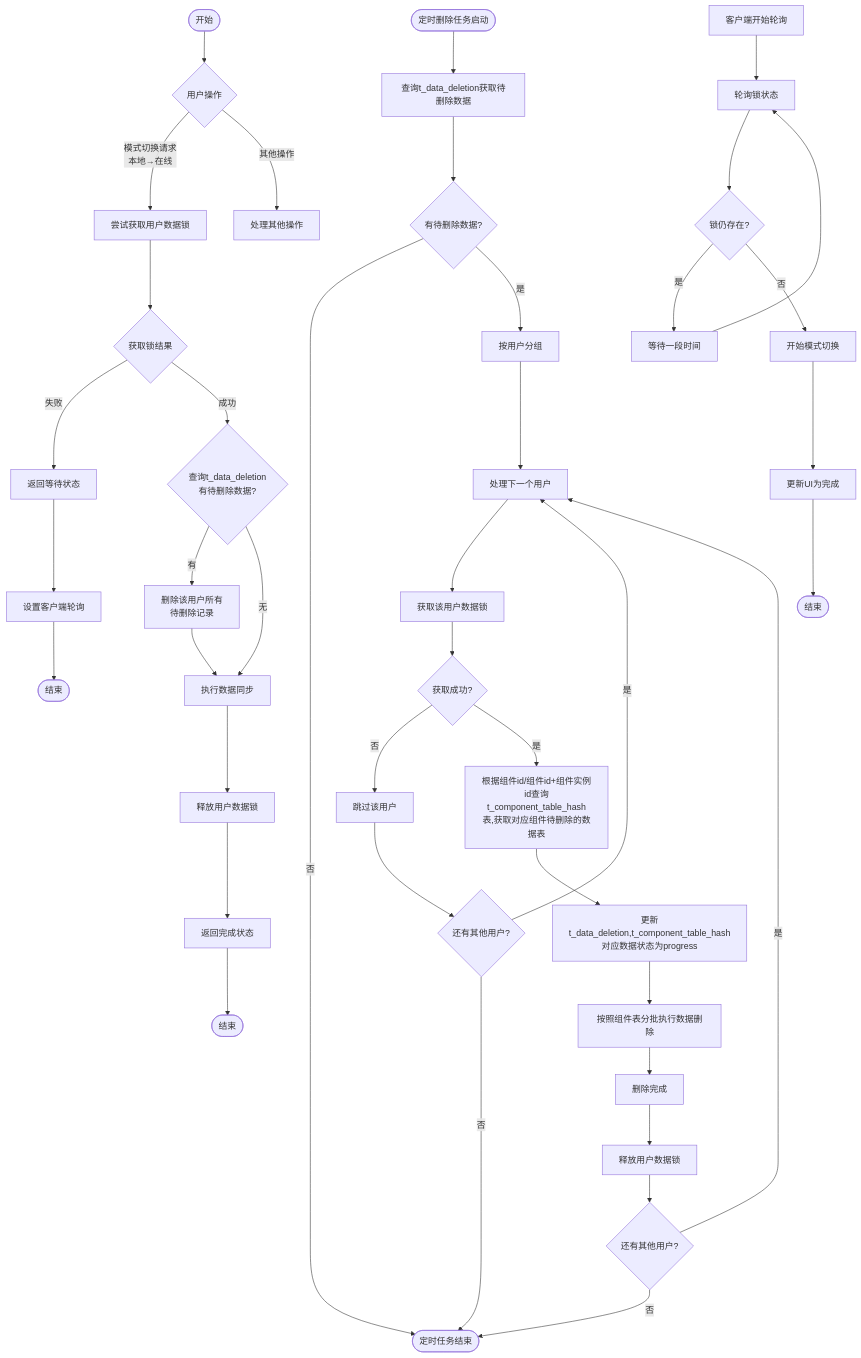
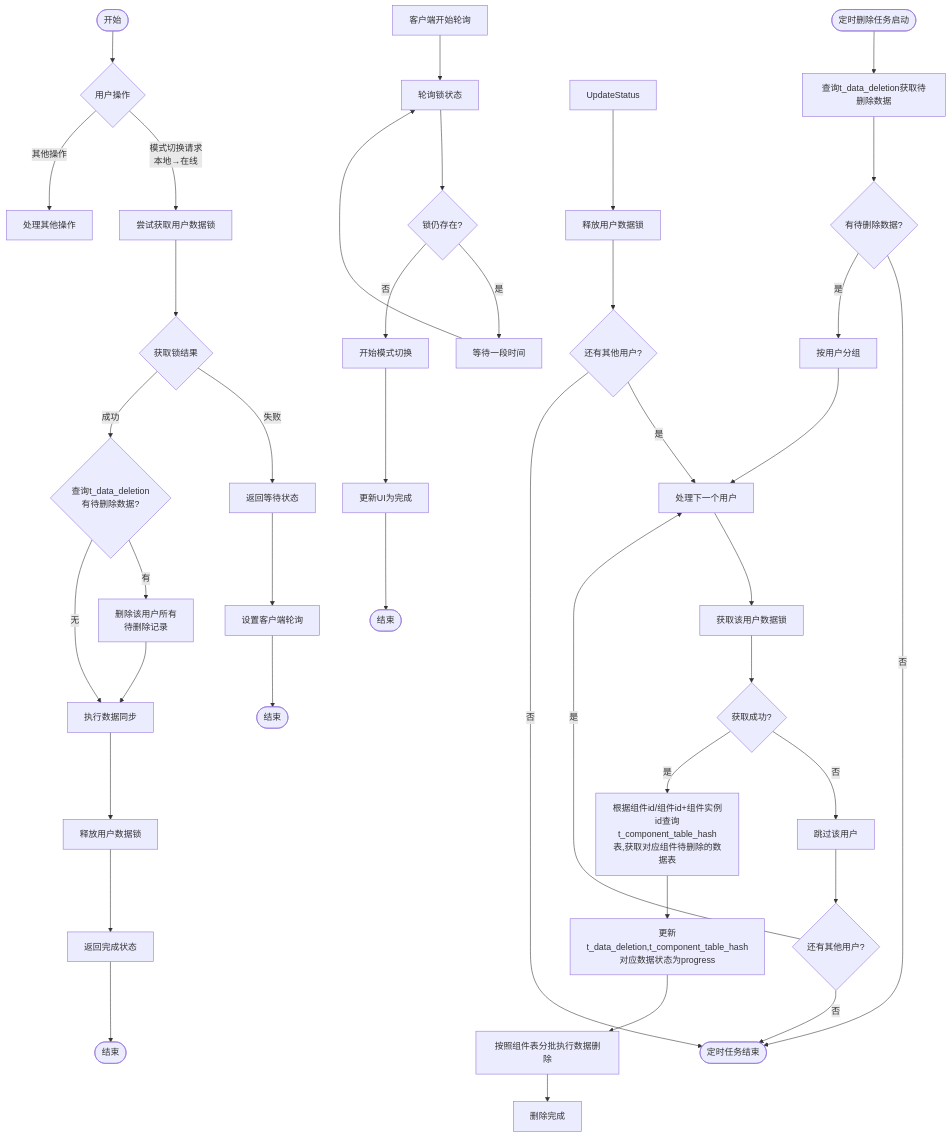
The diagram in all/未命名-57.md (yingjianzh/iodraw-files), drawn with Mermaid before and after one commit.

Commit message:
2025-05-12 11:24:38 update

````diff
--- a/all/未命名-57.md
+++ b/all/未命名-57.md
@@ -1,62 +1,62 @@
 ```mermaid
 flowchart TD
     %% 主要分支
     Start([开始]) --> UserAction{用户操作}
     UserAction -->|模式切换请求\n本地→在线| TryLock[尝试获取用户数据锁]
     UserAction -->|其他操作| OtherOps[处理其他操作]
     
     %% 定时删除任务分支
     ScheduledTask([定时删除任务启动]) --> QueryDeletions[查询t_data_deletion获取待删除数据]
     QueryDeletions --> HasTasks{有待删除数据?}
     HasTasks -->|否| TaskEnd([定时任务结束])
     HasTasks -->|是| GroupByUser[按用户分组]
     
     %% 处理用户数据删除
     GroupByUser --> ProcessNextUser[处理下一个用户]
     ProcessNextUser --> AcquireLock[获取该用户数据锁]
     AcquireLock --> LockSuccess{获取成功?}
     
     LockSuccess -->|否| SkipUser[跳过该用户]
     SkipUser --> MoreUsers1{还有其他用户?}
     MoreUsers1 -->|是| ProcessNextUser
     MoreUsers1 -->|否| TaskEnd
     
     LockSuccess -->|是| GetData[根据组件id/组件id+组件实例id查询t_component_table_hash表,获取对应组件待删除的数据表]
     
     GetData --> UpdateData[更新t_data_deletion,t_component_table_hash对应数据状态为progress]
     UpdateData --> DeleteData[按照组件表分批执行数据删除]
-    DeleteData --> UpdateStatus[删除完成]
+    DeleteData --> DeleteComple[删除完成]
     UpdateStatus --> ReleaseLock[释放用户数据锁]
     ReleaseLock --> MoreUsers2{还有其他用户?}
     MoreUsers2 -->|是| ProcessNextUser
     MoreUsers2 -->|否| TaskEnd
     
     %% 模式切换流程
     TryLock --> LockResult{获取锁结果}
     
     LockResult -->|失败| ReturnWaiting[返回等待状态]
     ReturnWaiting --> SetupPolling[设置客户端轮询]
     SetupPolling --> End1([结束])
     
     LockResult -->|成功| CheckPendingDeletion{查询t_data_deletion\n有待删除数据?}
     
     CheckPendingDeletion -->|有| RemoveDeletionRecords[删除该用户所有\n待删除记录]
     RemoveDeletionRecords --> PerformSync[执行数据同步]
     
     CheckPendingDeletion -->|无| PerformSync
     
     PerformSync --> ReleaseSwitchLock[释放用户数据锁]
     ReleaseSwitchLock --> ReturnComplete[返回完成状态]
     ReturnComplete --> End2([结束])
     
     %% 客户端轮询
     ClientPolling[客户端开始轮询] --> PollLockStatus[轮询锁状态]
     PollLockStatus --> StillLocked{锁仍存在?}
     
     StillLocked -->|是| WaitInterval[等待一段时间]
     WaitInterval --> PollLockStatus
     
     StillLocked -->|否| StartSwitch[开始模式切换]
     StartSwitch --> CompleteUI[更新UI为完成]
     CompleteUI --> End3([结束])
 ```
````
